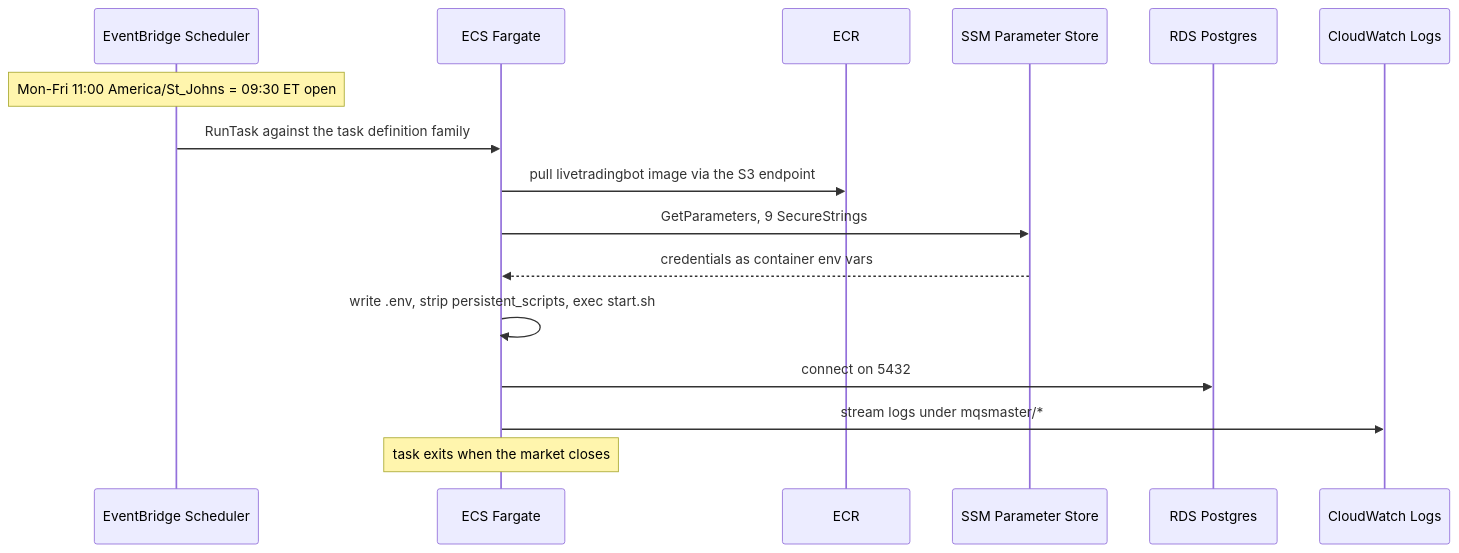
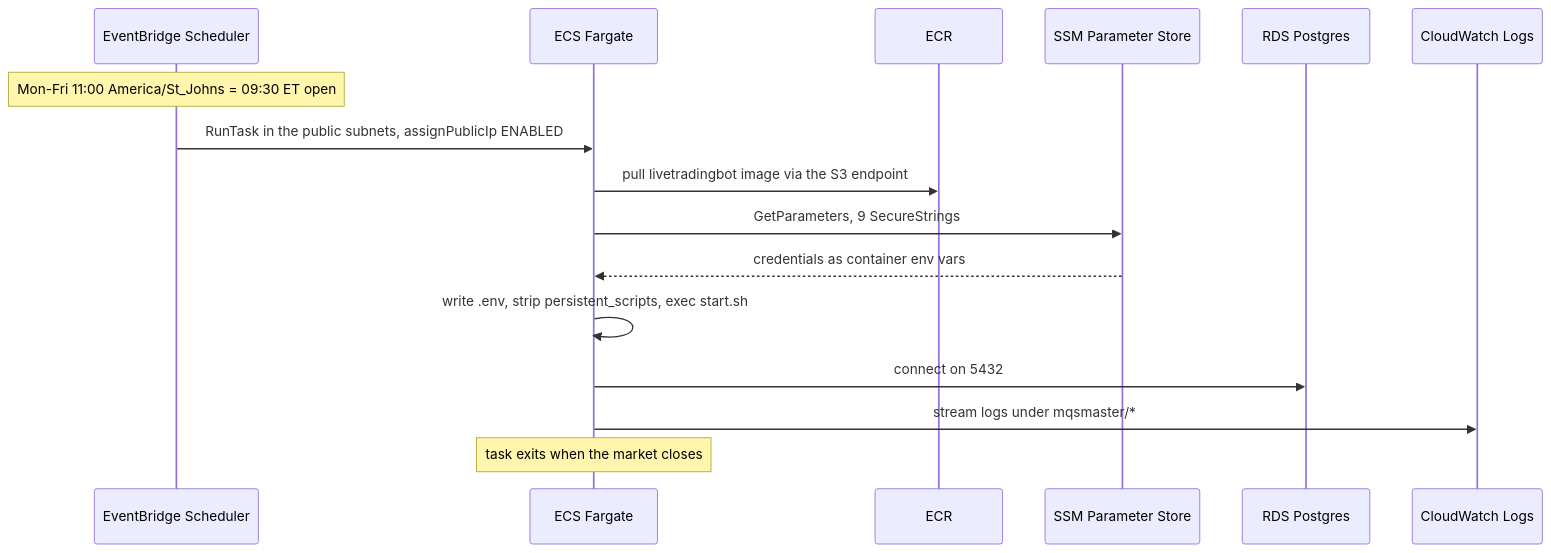
The second of 2 diagrams in docs/architecture-diagram.md (MUNQuantSociety/MQS_AWS_INFRA), drawn with Mermaid before and after one commit. The commit also changed other lines of this file and 9 other files, not shown here.

````diff
--- a/docs/architecture-diagram.md
+++ b/docs/architecture-diagram.md
@@ -68,19 +79,19 @@
 ```mermaid
 sequenceDiagram
     participant S as EventBridge Scheduler
     participant E as ECS Fargate
     participant R as ECR
     participant P as SSM Parameter Store
     participant D as RDS Postgres
     participant L as CloudWatch Logs
 
     Note over S: Mon-Fri 11:00 America/St_Johns = 09:30 ET open
-    S->>E: RunTask against the task definition family
+    S->>E: RunTask in the public subnets, assignPublicIp ENABLED
     E->>R: pull livetradingbot image via the S3 endpoint
     E->>P: GetParameters, 9 SecureStrings
     P-->>E: credentials as container env vars
     E->>E: write .env, strip persistent_scripts, exec start.sh
     E->>D: connect on 5432
     E->>L: stream logs under mqsmaster/*
     Note over E: task exits when the market closes
 ```
````
